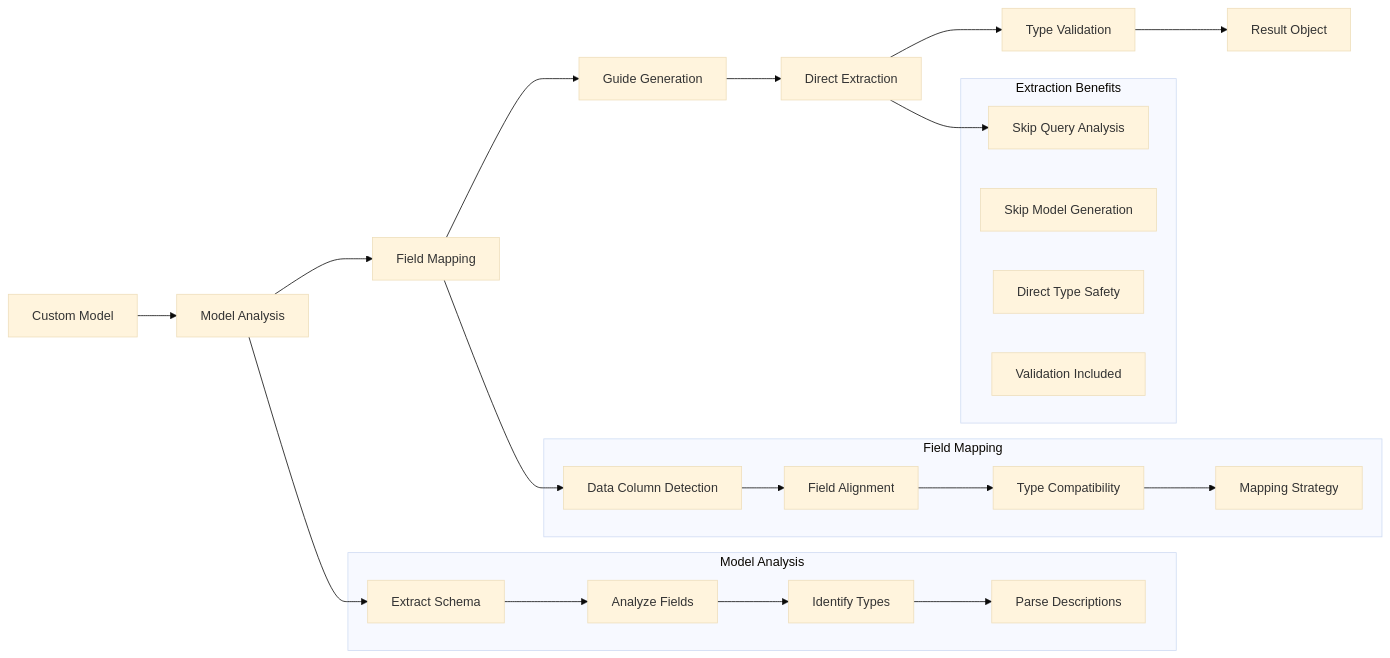
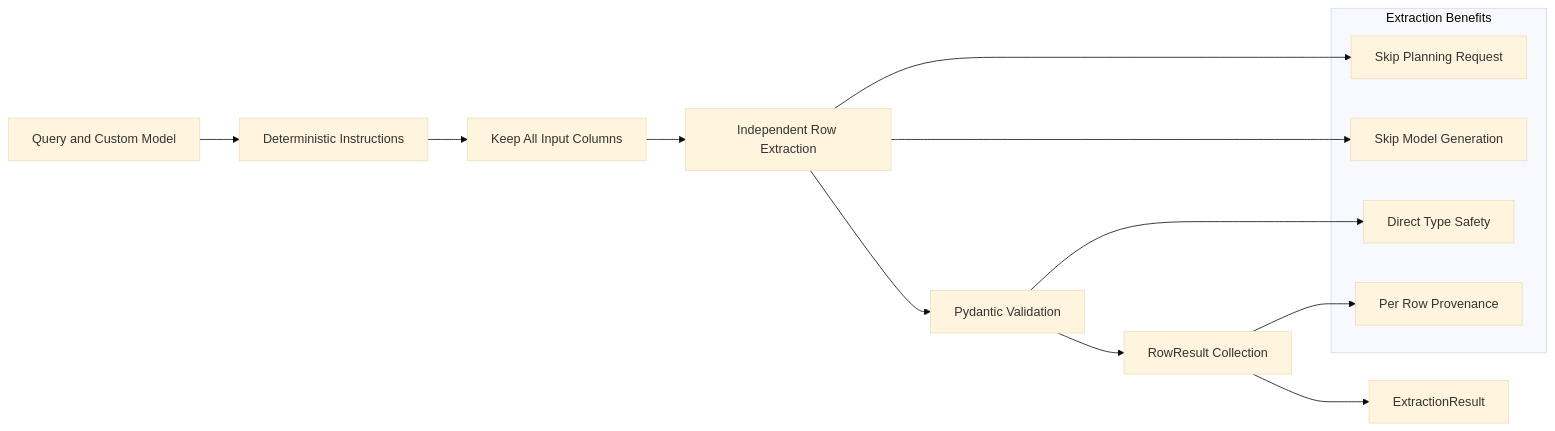
Before and after one commit to Blacksuan19/structx: the diagram in docs/guides/custom-models.md, drawn with Mermaid (base theme). The commit also changed other lines of this file and 15 other files, not shown here.

````diff
--- a/docs/guides/custom-models.md
+++ b/docs/guides/custom-models.md
@@ -11,32 +11,21 @@
 ```mermaid
 graph LR
-    A[Custom Model] --> B[Model Analysis]
-    B --> C[Field Mapping]
-    C --> D[Guide Generation]
-    D --> E[Direct Extraction]
-    E --> F[Type Validation]
-    F --> G[Result Object]
+    A[Query and Custom Model] --> B[Deterministic Instructions]
+    B --> C[Keep All Input Columns]
+    C --> D[Independent Row Extraction]
+    D --> E[Pydantic Validation]
+    E --> F[RowResult Collection]
+    F --> G[ExtractionResult]
 
-    subgraph "Model Analysis"
-        B1[Extract Schema] --> B2[Analyze Fields]
-        B2 --> B3[Identify Types]
-        B3 --> B4[Parse Descriptions]
+    subgraph "Extraction Benefits"
+        H[Skip Planning Request]
+        I[Skip Model Generation]
+        J[Direct Type Safety]
+        K[Per Row Provenance]
     end
 
-    subgraph "Field Mapping"
-        C1[Data Column Detection] --> C2[Field Alignment]
-        C2 --> C3[Type Compatibility]
-        C3 --> C4[Mapping Strategy]
-    end
-
-    subgraph "Extraction Benefits"
-        H[Skip Query Analysis]
-        I[Skip Model Generation]
-        J[Direct Type Safety]
-        K[Validation Included]
-    end
-
-    B --> B1
-    C --> C1
-    E --> H
+    D --> H
+    D --> I
+    E --> J
+    F --> K
 ```
````
